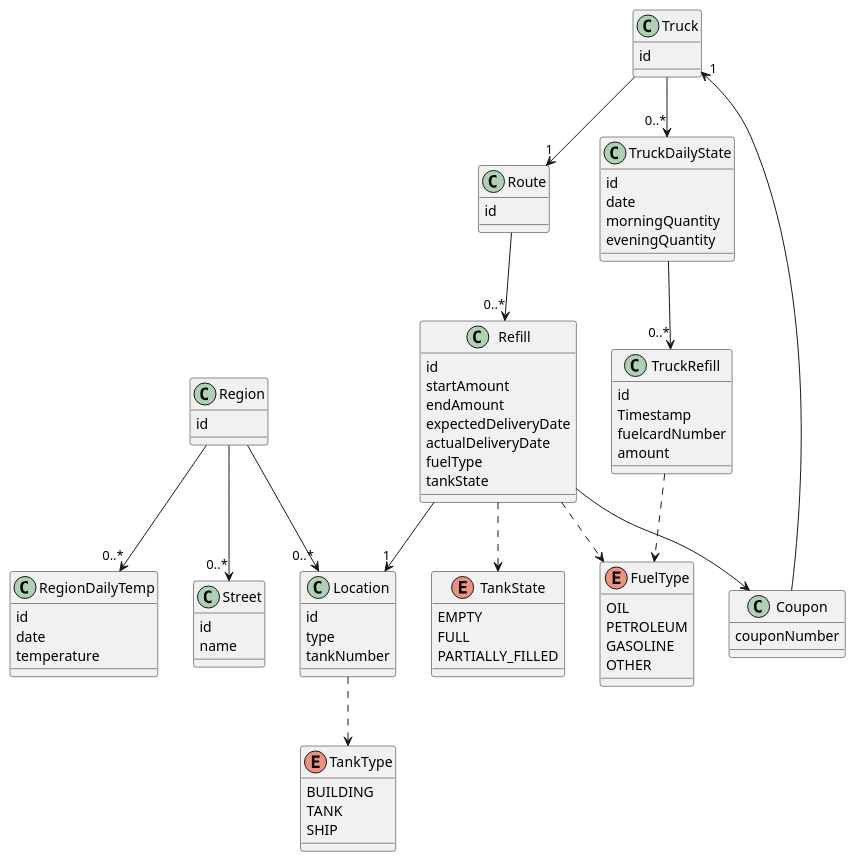
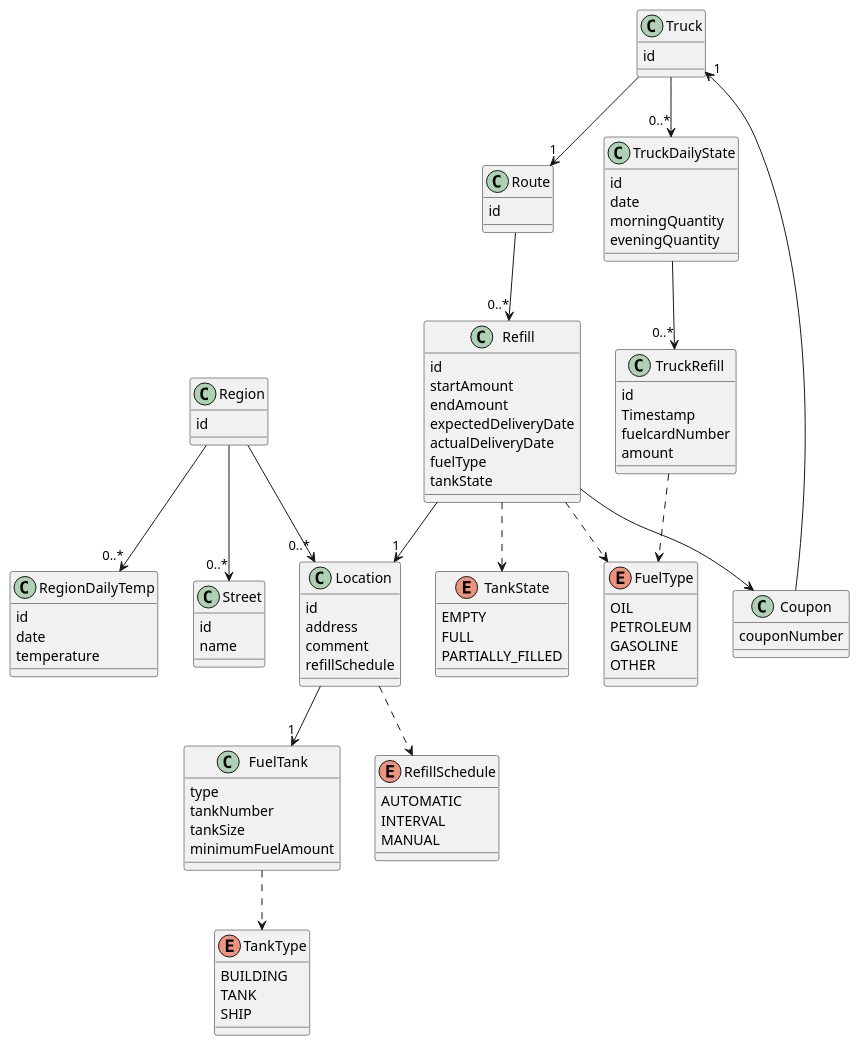
The diagram in docs/entity-datamodel.md (IT-Minds/client_comby_oilcontrols), drawn with PlantUML before and after one commit.

Commit message:
updated the datamodel ot represent the required metadata.

````diff
--- a/docs/entity-datamodel.md
+++ b/docs/entity-datamodel.md
@@ -14,8 +14,16 @@
 
 class Location {
   id
+  address
+  comment
+  refillSchedule
+}
+
+class FuelTank {
   type
   tankNumber
+  tankSize
+  minimumFuelAmount
 }
 
 class Refill {
@@ -76,6 +84,12 @@
   PARTIALLY_FILLED
 }
 
+enum RefillSchedule {
+  AUTOMATIC
+  INTERVAL
+  MANUAL
+}
+
 class Coupon {
   couponNumber
 }
@@ -85,7 +99,7 @@
 Refill --> "1" Location
 Refill --> Coupon
 Refill ..> FuelType
-Location ..> TankType
+FuelTank ..> TankType
 Refill ..> TankState
 Truck "1" <-- Coupon
 Region --> "0..*" Location
@@ -95,6 +109,8 @@
 TruckRefill ..> FuelType
 Region --> "0..*" Street
 
+Location --> "1" FuelTank
+Location ..> RefillSchedule
 @enduml
 
 ```
````
